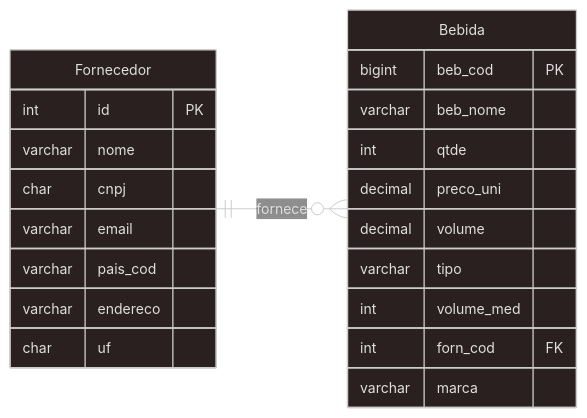
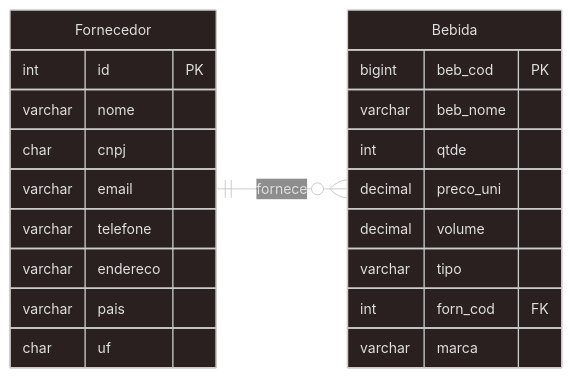
The diagram in README.md (ulcitrinitas/CrudLP), drawn with Mermaid before and after one commit. The commit also changed other lines of this file, not shown here.

Commit message:
alterado diagrama entidade-relacionamento

````diff
--- a/README.md
+++ b/README.md
@@ -5,31 +22,31 @@
 ```mermaid
 ---
 config:
   theme: neo-dark
 ---
 erDiagram
 	direction LR
 	Fornecedor {
 		int id PK ""  
 		varchar nome  ""  
 		char cnpj  ""  
 		varchar email  ""  
-		varchar pais_cod  ""  
-		varchar endereco  ""  
+		varchar telefone  ""  
+		varchar endereco  ""
+		varchar pais  ""  
 		char uf  ""  
 	}
 	Bebida {
 		bigint beb_cod PK ""  
 		varchar beb_nome  ""  
 		int qtde  ""  
 		decimal preco_uni  ""  
 		decimal volume  ""  
-		varchar tipo  ""  
-		int volume_med  ""  
+		varchar tipo  ""   
 		int forn_cod FK ""  
 		varchar marca  ""  
 	}
 
 	Fornecedor||--o{Bebida:"fornece"
 
 ```
````
